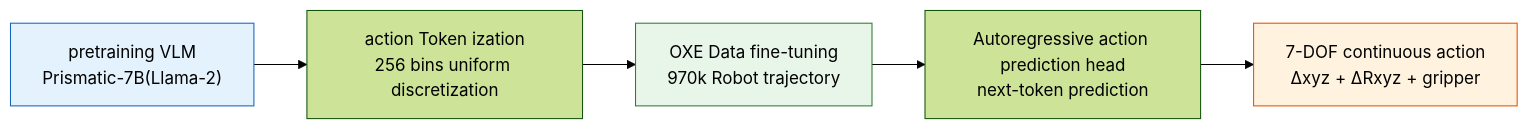
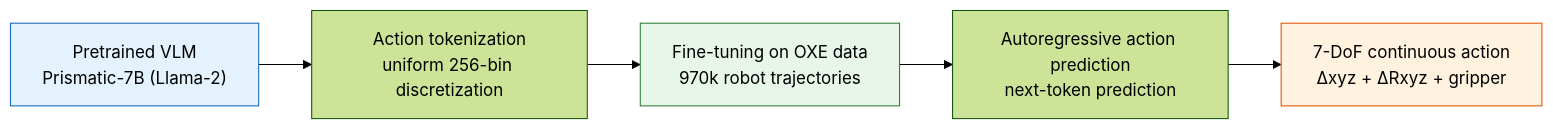
The first of 3 diagrams in _translations/en/research/VLA-Papers.md (TingdeLiu/tingdeliu.github.io), drawn with Mermaid (forest theme) before and after one commit. The commit also changed other lines of this file and 51 other files, not shown here.

````diff
--- a/_translations/en/research/VLA-Papers.md
+++ b/_translations/en/research/VLA-Papers.md
@@ -798,10 +798,10 @@
 ```mermaid
 flowchart LR
-    A["pretraining VLM<br/>Prismatic-7B(Llama-2)"] --> B["action Token ization<br/>256 bins uniform discretization"]
-    B --> C["OXE Data fine-tuning<br/>970k Robot trajectory"]
-    C --> D["Autoregressive action prediction head<br/>next-token prediction"]
-    D --> E["7-DOF continuous action<br/>Δxyz + ΔRxyz + gripper"]
+    A["Pretrained VLM<br/>Prismatic-7B (Llama-2)"] --> B["Action tokenization<br/>uniform 256-bin discretization"]
+    B --> C["Fine-tuning on OXE data<br/>970k robot trajectories"]
+    C --> D["Autoregressive action prediction<br/>next-token prediction"]
+    D --> E["7-DoF continuous action<br/>Δxyz + ΔRxyz + gripper"]
     style A fill:#e3f2fd,stroke:#1565c0
     style C fill:#e8f5e9,stroke:#2e7d32
     style E fill:#fff3e0,stroke:#e65100
 ```
````
